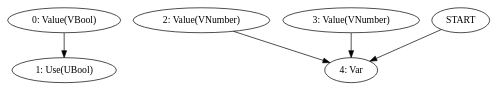
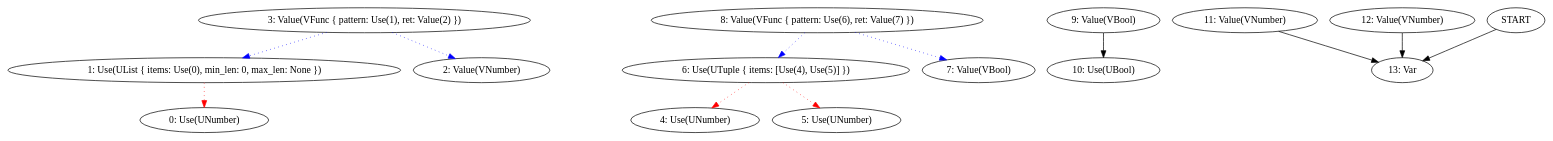
Before and after one commit to frondeus/project-s: the diagram in docs/log/2025-06-20.md, drawn with Graphviz. The commit also changed 14 other files, not shown here.

````diff
--- a/docs/log/2025-06-20.md
+++ b/docs/log/2025-06-20.md
@@ -30,14 +30,30 @@
 ```graphviz
 digraph G {
-N0 [label="0: Value(VBool)"];
-N1 [label="1: Use(UBool)"];
+N0 [label="0: Use(UNumber)"];
+N1 [label="1: Use(UList { items: Use(0), min_len: 0, max_len: None })"];
 N2 [label="2: Value(VNumber)"];
-N3 [label="3: Value(VNumber)"];
-N4 [label="4: Var"];
-START -> N4
-N0 -> N1;
-N2 -> N4;
-N3 -> N4;
+N3 [label="3: Value(VFunc { pattern: Use(1), ret: Value(2) })"];
+N4 [label="4: Use(UNumber)"];
+N5 [label="5: Use(UNumber)"];
+N6 [label="6: Use(UTuple { items: [Use(4), Use(5)] })"];
+N7 [label="7: Value(VBool)"];
+N8 [label="8: Value(VFunc { pattern: Use(6), ret: Value(7) })"];
+N9 [label="9: Value(VBool)"];
+N10 [label="10: Use(UBool)"];
+N11 [label="11: Value(VNumber)"];
+N12 [label="12: Value(VNumber)"];
+N13 [label="13: Var"];
+START -> N13
+N1 -> N0 [color=red, style=dotted];
+N3 -> N1 [color=blue, style=dotted];
+N3 -> N2 [color=blue, style=dotted];
+N6 -> N4 [color=red, style=dotted];
+N6 -> N5 [color=red, style=dotted];
+N8 -> N6 [color=blue, style=dotted];
+N8 -> N7 [color=blue, style=dotted];
+N9 -> N10;
+N11 -> N13;
+N12 -> N13;
 }
 
 ```
````
